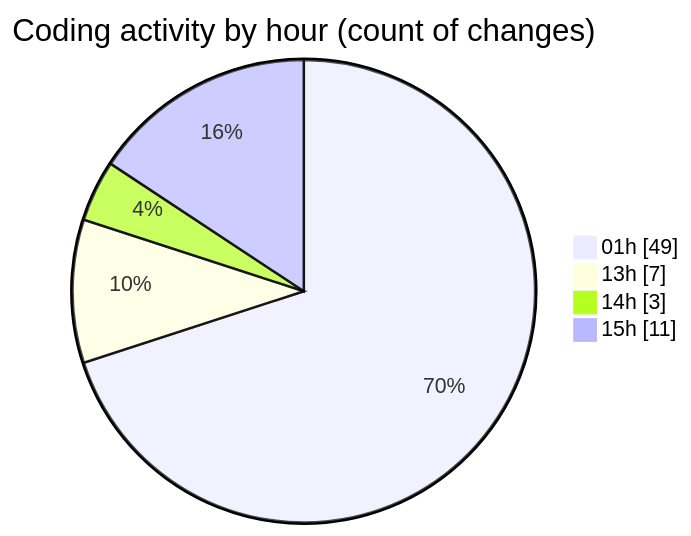
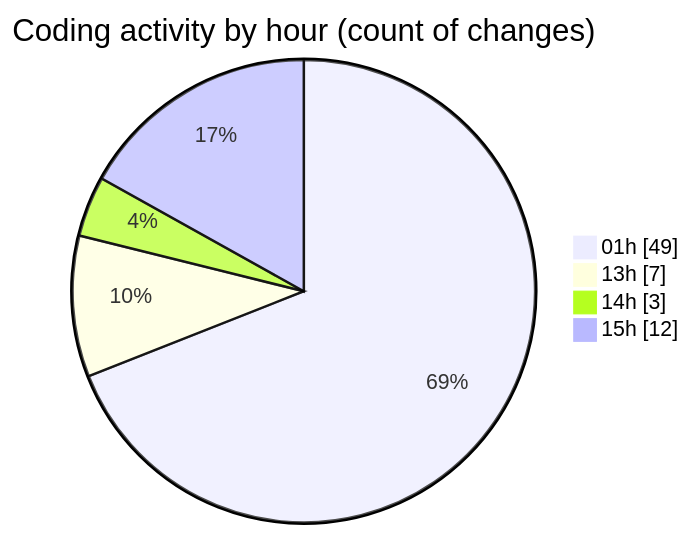
Before and after one commit to lephambinh05/code-tracking: the second of 2 diagrams in 2025-09-02/quanlylink/README.md, drawn with Mermaid. The commit also changed other lines of this file and 1 other file, not shown here.

````diff
--- a/2025-09-02/quanlylink/README.md
+++ b/2025-09-02/quanlylink/README.md
@@ -59,8 +59,8 @@
 ```mermaid
 pie showData
 title Coding activity by hour (count of changes)
 "01h" : 49
 "13h" : 7
 "14h" : 3
-"15h" : 11
+"15h" : 12
 ```
````
